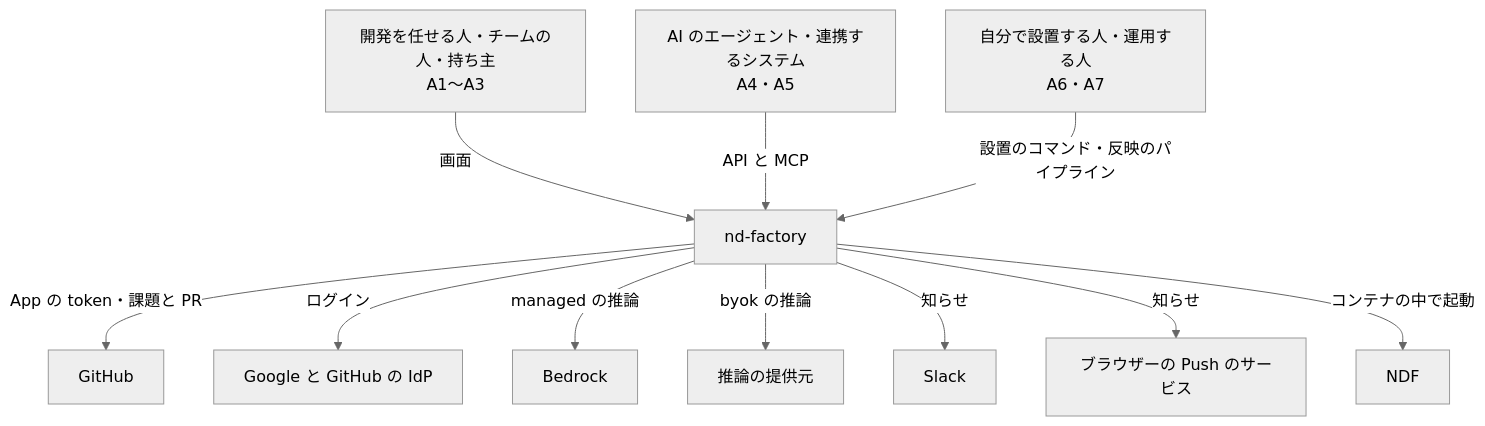
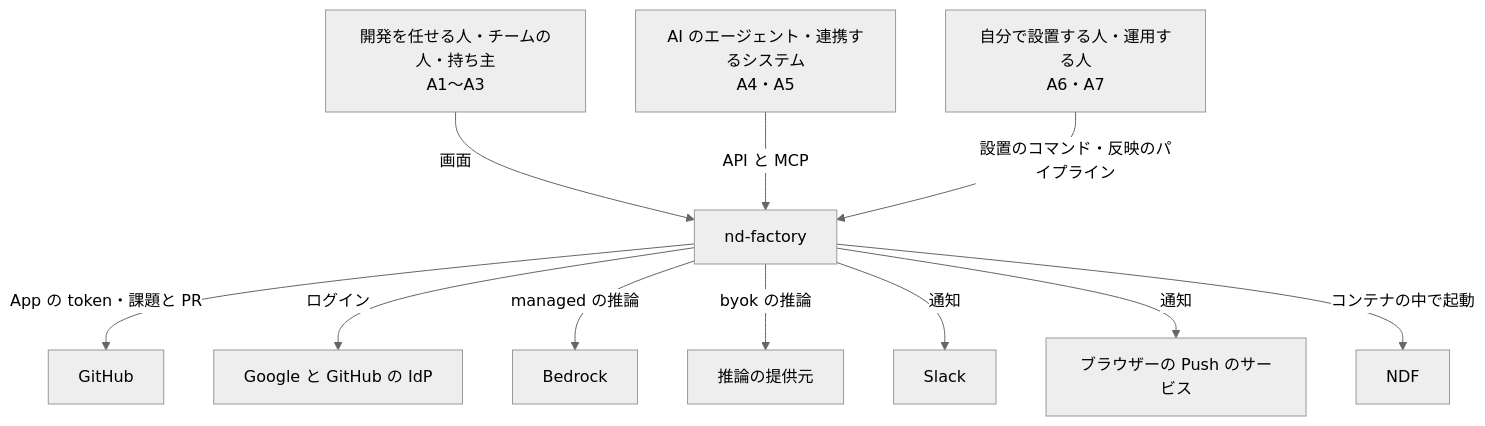
The first of 3 diagrams in docs/design/platform.md (devbasex/nd-factory), drawn with Mermaid (neutral theme) before and after one commit. The commit also changed other lines of this file and 22 other files, not shown here.

````diff
--- a/docs/design/platform.md
+++ b/docs/design/platform.md
@@ -59,13 +59,13 @@
 ```mermaid
 graph TD
     P[開発を任せる人・チームの人・持ち主<br/>A1〜A3] -->|画面| F[nd-factory]
     AG[AI のエージェント・連携するシステム<br/>A4・A5] -->|API と MCP| F
     OP[自分で設置する人・運用する人<br/>A6・A7] -->|設置のコマンド・反映のパイプライン| F
     F -->|App の token・課題と PR| GH[GitHub]
     F -->|ログイン| IDP[Google と GitHub の IdP]
     F -->|managed の推論| BR[Bedrock]
     F -->|byok の推論| LLM[推論の提供元]
-    F -->|知らせ| SL[Slack]
-    F -->|知らせ| WP[ブラウザーの Push のサービス]
+    F -->|通知| SL[Slack]
+    F -->|通知| WP[ブラウザーの Push のサービス]
     F -->|コンテナの中で起動| NDF[NDF]
 ```
````
